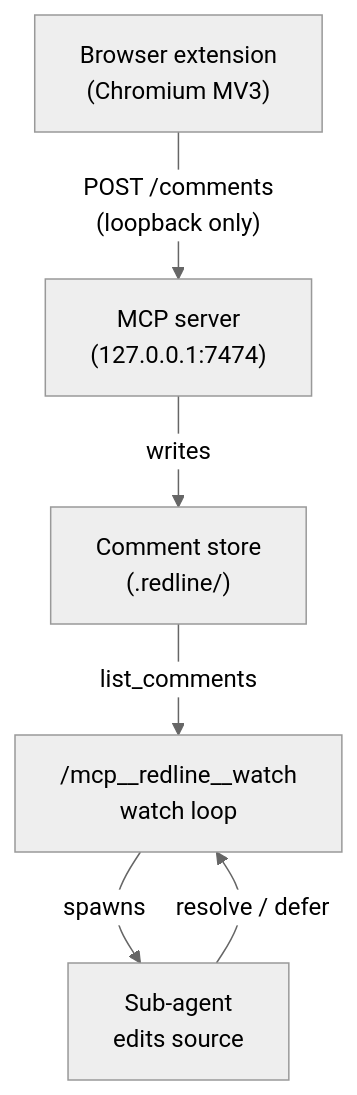
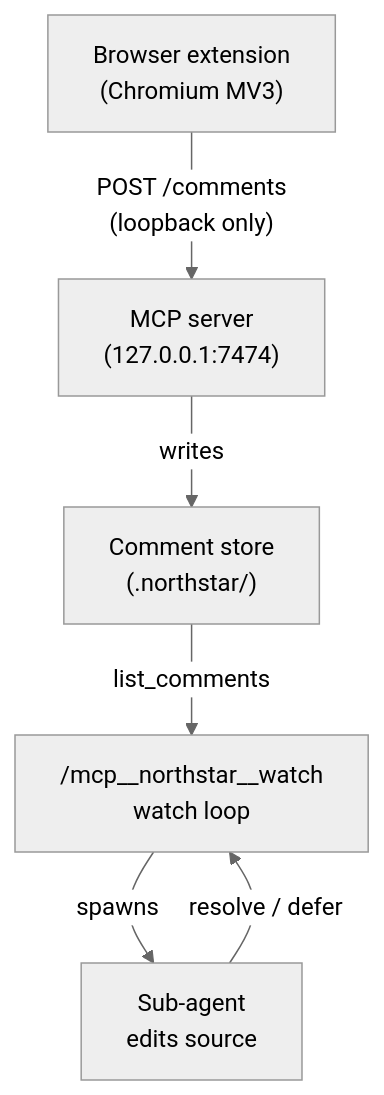
The diagram in README.md (pallandir/claude-comments), drawn with Mermaid (neutral theme) before and after one commit. The commit also changed other lines of this file and 38 other files, not shown here.

First line of the commit message:
feat(root): rename Redline to Northstar

````diff
--- a/README.md
+++ b/README.md
@@ -68,14 +68,14 @@
 ```mermaid
 flowchart TD
     A["Browser extension\n(Chromium MV3)"]
     B["MCP server\n(127.0.0.1:7474)"]
-    C["Comment store\n(.redline/)"]
-    D["/mcp__redline__watch\nwatch loop"]
+    C["Comment store\n(.northstar/)"]
+    D["/mcp__northstar__watch\nwatch loop"]
     E["Sub-agent\nedits source"]
 
     A -- "POST /comments\n(loopback only)" --> B
     B -- "writes" --> C
     C -- "list_comments" --> D
     D -- "spawns" --> E
     E -- "resolve / defer" --> D
 ```
````
